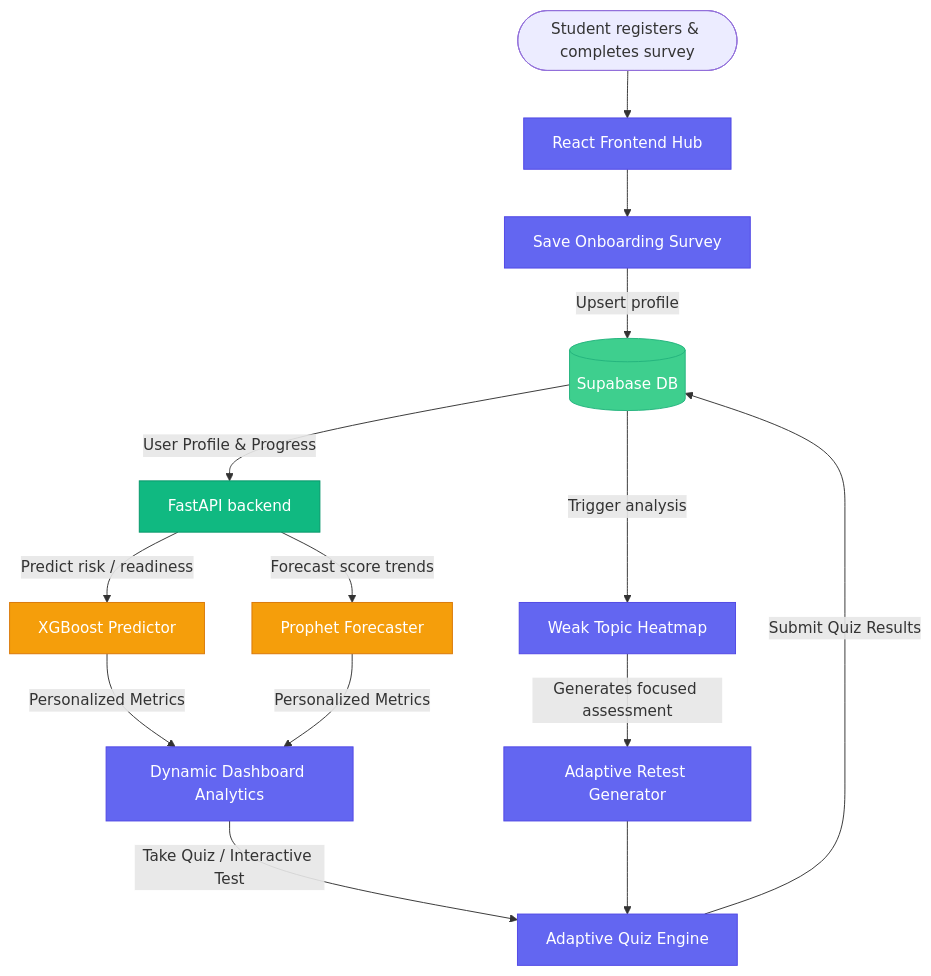
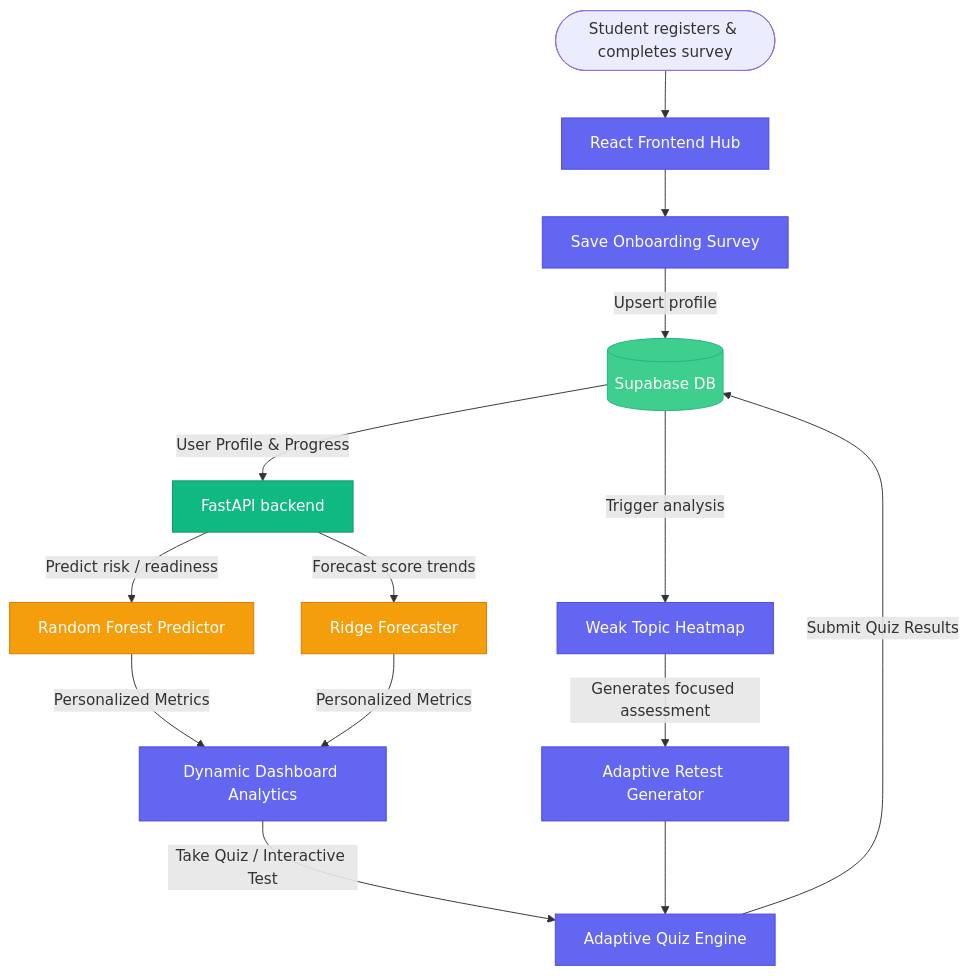
One commit to Vansh060206/EduMind changed the first of 2 diagrams in README.md. Above: the diagram before and after it, drawn with Mermaid. The commit also changed other lines of this file and 14 other files, not shown here.

````diff
--- a/README.md
+++ b/README.md
@@ -43,25 +43,25 @@
 ```mermaid
 flowchart TD
     %% Define Styles
     classDef frontend fill:#6366f1,stroke:#4f46e5,color:#fff;
     classDef backend fill:#10b981,stroke:#059669,color:#fff;
     classDef database fill:#3ecf8e,stroke:#24b47e,color:#fff;
     classDef ml fill:#f59e0b,stroke:#d97706,color:#fff;
 
     Start([Student registers & completes survey]) --> UI[React Frontend Hub]:::frontend
     UI --> Survey[Save Onboarding Survey]:::frontend
     Survey -->|Upsert profile| DB[(Supabase DB)]:::database
 
     %% Learning loop
     DB --> |User Profile & Progress| API[FastAPI backend]:::backend
-    API --> |Predict risk / readiness| XGB[XGBoost Predictor]:::ml
-    API --> |Forecast score trends| Prophet[Prophet Forecaster]:::ml
+    API --> |Predict risk / readiness| RF[Random Forest Predictor]:::ml
+    API --> |Forecast score trends| Ridge[Ridge Forecaster]:::ml
 
     %% Course & Diagnostics
-    XGB & Prophet --> |Personalized Metrics| Dashboard[Dynamic Dashboard Analytics]:::frontend
+    RF & Ridge --> |Personalized Metrics| Dashboard[Dynamic Dashboard Analytics]:::frontend
     Dashboard --> |Take Quiz / Interactive Test| Quiz[Adaptive Quiz Engine]:::frontend
     Quiz --> |Submit Quiz Results| DB
     DB --> |Trigger analysis| Heatmap[Weak Topic Heatmap]:::frontend
     Heatmap --> |Generates focused assessment| Diagnostics[Adaptive Retest Generator]:::frontend
     Diagnostics --> Quiz
 ```
````
